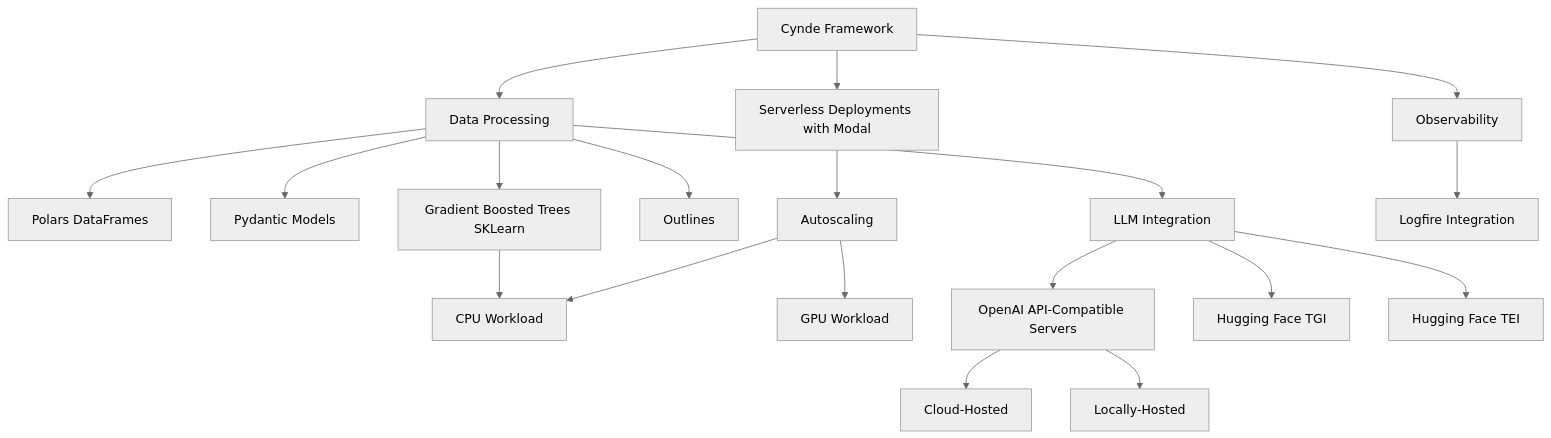
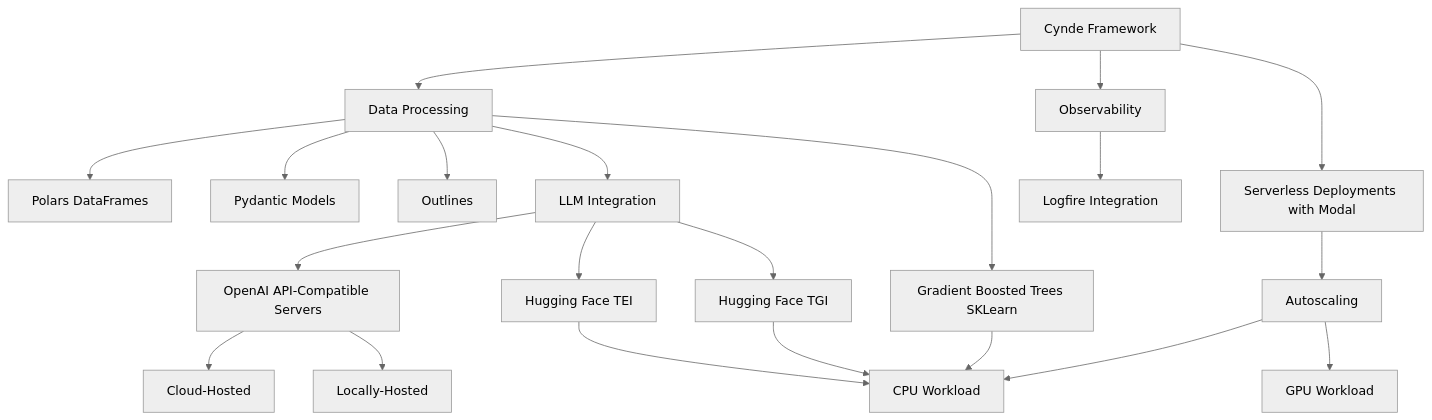
The diagram in drawings.md (Neural-Dragon-AI/Cynde), drawn with Mermaid (neutral theme) before and after one commit.

````diff
--- a/drawings.md
+++ b/drawings.md
@@ -3,26 +3,28 @@
 ```mermaid
 graph TD
     A[Cynde Framework] --> B[Data Processing]
     B --> C[Polars DataFrames]
     B --> D[Pydantic Models]
     B --> E[Gradient Boosted Trees SKLearn]
     B --> Ot[Outlines]
     A --> P[Serverless Deployments with Modal]
 
     P --> F[Autoscaling]
     F --> G[CPU Workload]
     E --> G
     F --> M[GPU Workload]
 
     B --> H[LLM Integration]
     H --> I[OpenAI API-Compatible Servers]
     I --> J[Cloud-Hosted]
     I --> K[Locally-Hosted]
     H --> N[Hugging Face TGI]
    
     H --> O[Hugging Face TEI]
+    N --> G
+    O --> G
 
 
     A --> Y[Observability]
     Y --> Z[Logfire Integration]
 ```
````
